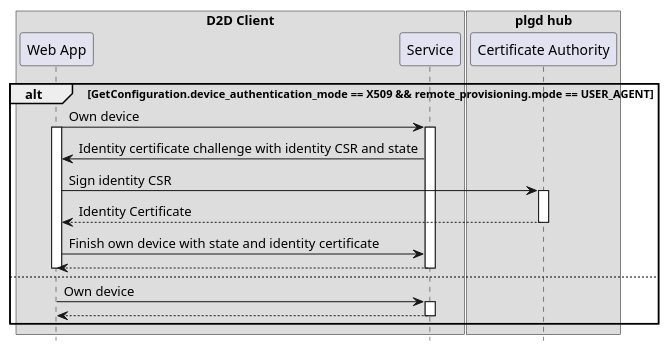
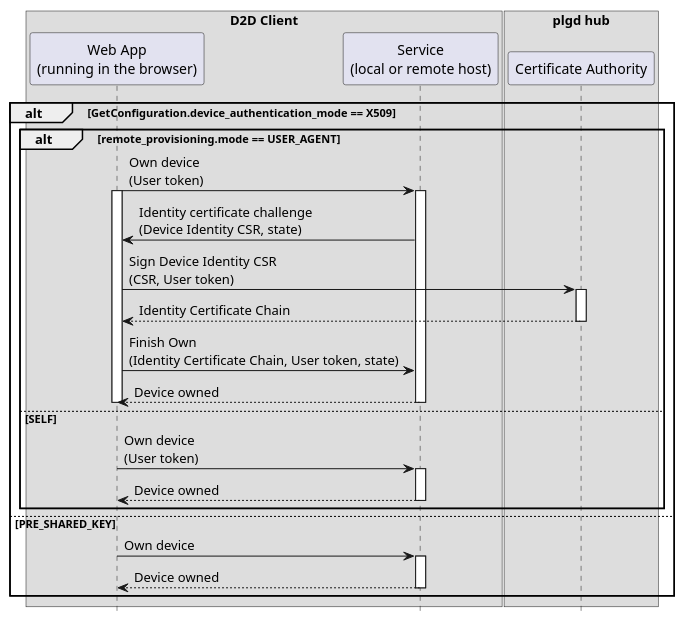
The diagram in ownDevice.plantuml (plgd-dev/client-application), drawn with PlantUML before and after one commit. The commit also changed 1 other file, not shown here.

```diff
--- a/ownDevice.plantuml
+++ b/ownDevice.plantuml
@@ -1,28 +1,33 @@
 @startuml Sequence
 skinparam backgroundColor transparent
 hide footbox
 
 box "D2D Client"
-participant C as "Web App"
-participant S as "Service"
+participant S as "Web App\n(running in the browser)"
+participant C as "Service\n(local or remote host)"
 end box
 
 box "plgd hub"
 participant CA as "Certificate Authority"
 end box
 
-alt GetConfiguration.device_authentication_mode == X509 && remote_provisioning.mode == USER_AGENT
-  C -> S++: Own device
-  activate C
-  S -> C: Identity certificate challenge with identity CSR and state
-  C -> CA ++: Sign identity CSR
-  return Identity Certificate
-  C -> S: Finish own device with state and identity certificate
-  return
-  deactivate S
-  deactivate C
-else
-  C -> S ++: Own device
-  return
+alt GetConfiguration.device_authentication_mode == X509
+  alt remote_provisioning.mode == USER_AGENT
+    S -> C++: Own device\n(User token)
+    activate S
+    C -> S: Identity certificate challenge\n(Device Identity CSR, state)
+    S -> CA ++:  Sign Device Identity CSR\n(CSR, User token)
+    return Identity Certificate Chain
+    S -> C: Finish Own\n(Identity Certificate Chain, User token, state)
+    return Device owned
+    deactivate C
+    deactivate S
+  else SELF
+    S -> C++: Own device\n(User token)
+    return Device owned
+  end
+else PRE_SHARED_KEY
+  S -> C ++: Own device
+  return Device owned
 end
 @enduml
```
